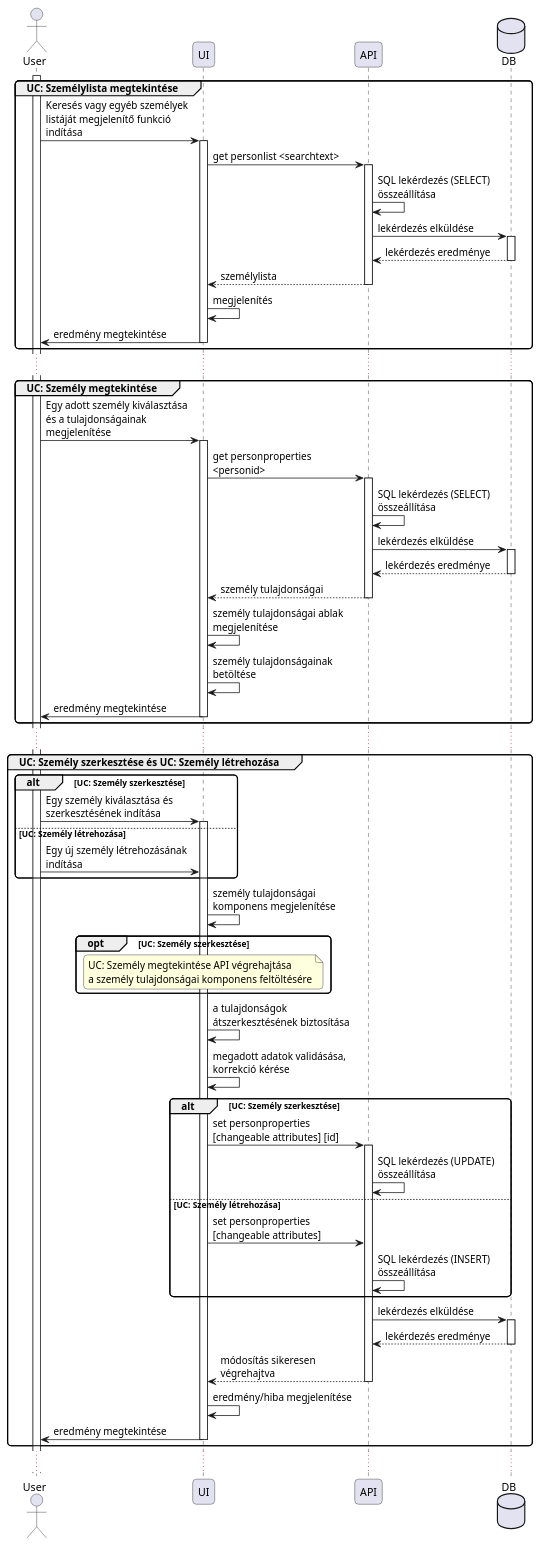
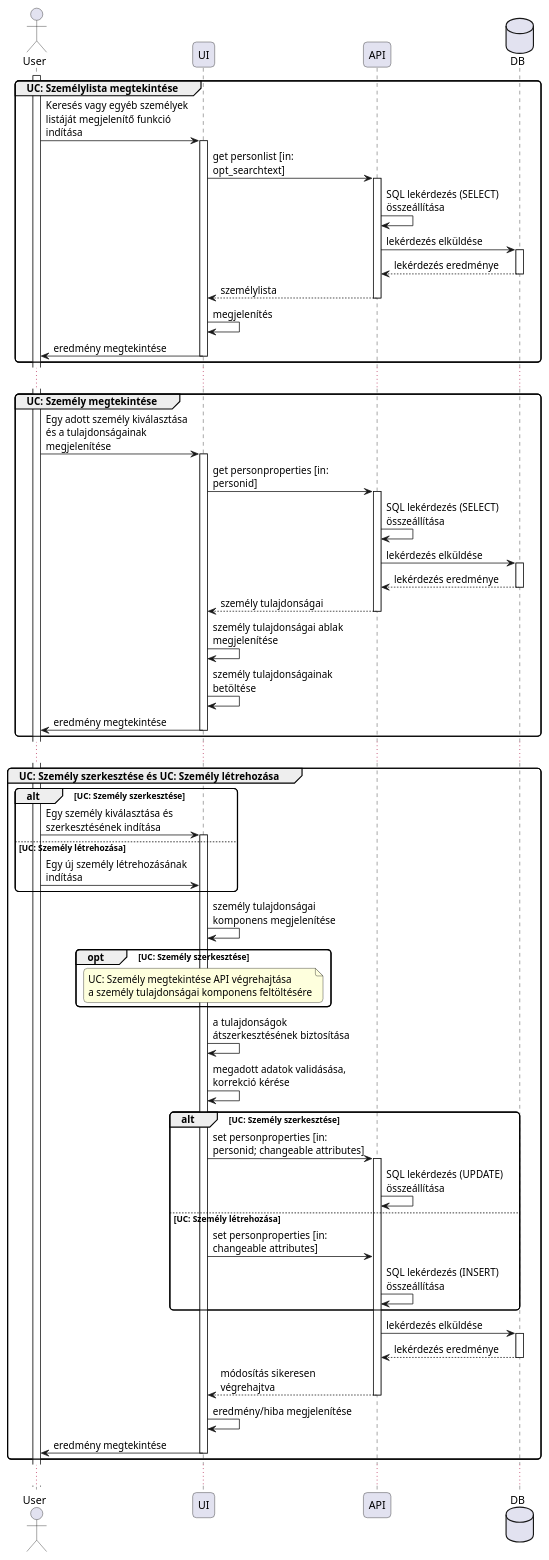
The diagram in architecture/Person_SEQ.puml (Vibenk/LilaElefant), drawn with PlantUML before and after one commit. The commit also changed 4 other files, not shown here.

Commit message:
adding dbschema

```diff
--- a/architecture/Person_SEQ.puml
+++ b/architecture/Person_SEQ.puml
@@ -1,87 +1,87 @@
 @startuml
 
 skinparam responseMessageBelowArrow true
 skinparam maxMessageSize 200
 skinparam roundcorner 10
 skinparam ParticipantPadding 20
 skinparam BoxPadding 10
 
 actor User as U_User
 participant UI as P_UI
 participant API as P_API
 database DB as D_DB
 
 activate U_User
 
 
 group UC: Személylista megtekintése
     U_User->P_UI : Keresés vagy egyéb személyek listáját megjelenítő funkció indítása
     activate P_UI
-        P_UI->P_API : get personlist <searchtext>
+        P_UI->P_API : get personlist [in: opt_searchtext]
         activate P_API
             P_API->P_API : SQL lekérdezés (SELECT) összeállítása
             P_API->D_DB : lekérdezés elküldése
             activate D_DB
                 return lekérdezés eredménye
             deactivate D_DB
             P_API-->P_UI : személylista
         deactivate P_API
         P_UI->P_UI : megjelenítés
         P_UI -> U_User : eredmény megtekintése
     deactivate P_UI
 end
 ...
 group UC: Személy megtekintése
     U_User->P_UI : Egy adott személy kiválasztása és a tulajdonságainak megjelenítése
     activate P_UI
-        P_UI->P_API : get personproperties <personid>
+        P_UI->P_API : get personproperties [in: personid]
         activate P_API
             P_API->P_API : SQL lekérdezés (SELECT) összeállítása
             P_API->D_DB : lekérdezés elküldése
             activate D_DB
                 return lekérdezés eredménye
             deactivate D_DB
             P_API-->P_UI : személy tulajdonságai
         deactivate P_API
         P_UI->P_UI : személy tulajdonságai ablak megjelenítése
         P_UI->P_UI : személy tulajdonságainak betöltése
         P_UI -> U_User : eredmény megtekintése
     deactivate P_UI
 end
 ...
 
 group UC: Személy szerkesztése és UC: Személy létrehozása
     alt UC: Személy szerkesztése
         U_User->P_UI : Egy személy kiválasztása és szerkesztésének indítása
         activate P_UI
     else UC: Személy létrehozása
         U_User->P_UI : Egy új személy létrehozásának indítása
     end
     activate P_UI
         P_UI->P_UI : személy tulajdonságai komponens megjelenítése
         opt UC: Személy szerkesztése
             note over P_UI : UC: Személy megtekintése API végrehajtása \na személy tulajdonságai komponens feltöltésére
         end
         P_UI->P_UI : a tulajdonságok átszerkesztésének biztosítása
         P_UI->P_UI : megadott adatok validásása, korrekció kérése
         alt UC: Személy szerkesztése
-            P_UI->P_API : set personproperties [changeable attributes] [id]
+            P_UI->P_API : set personproperties [in: personid; changeable attributes] 
             activate P_API
                 P_API->P_API : SQL lekérdezés (UPDATE) összeállítása
         else UC: Személy létrehozása
-                P_UI->P_API : set personproperties [changeable attributes]
+                P_UI->P_API : set personproperties [in: changeable attributes]
                 P_API->P_API : SQL lekérdezés (INSERT) összeállítása
         end
                 P_API->D_DB : lekérdezés elküldése
                 activate D_DB
                     return lekérdezés eredménye
                 deactivate D_DB
                 P_API-->P_UI : módosítás sikeresen végrehajtva
         deactivate P_API
         P_UI->P_UI : eredmény/hiba megjelenítése
         P_UI -> U_User : eredmény megtekintése
     deactivate P_UI
 end
 ...
 
 @enduml
```
